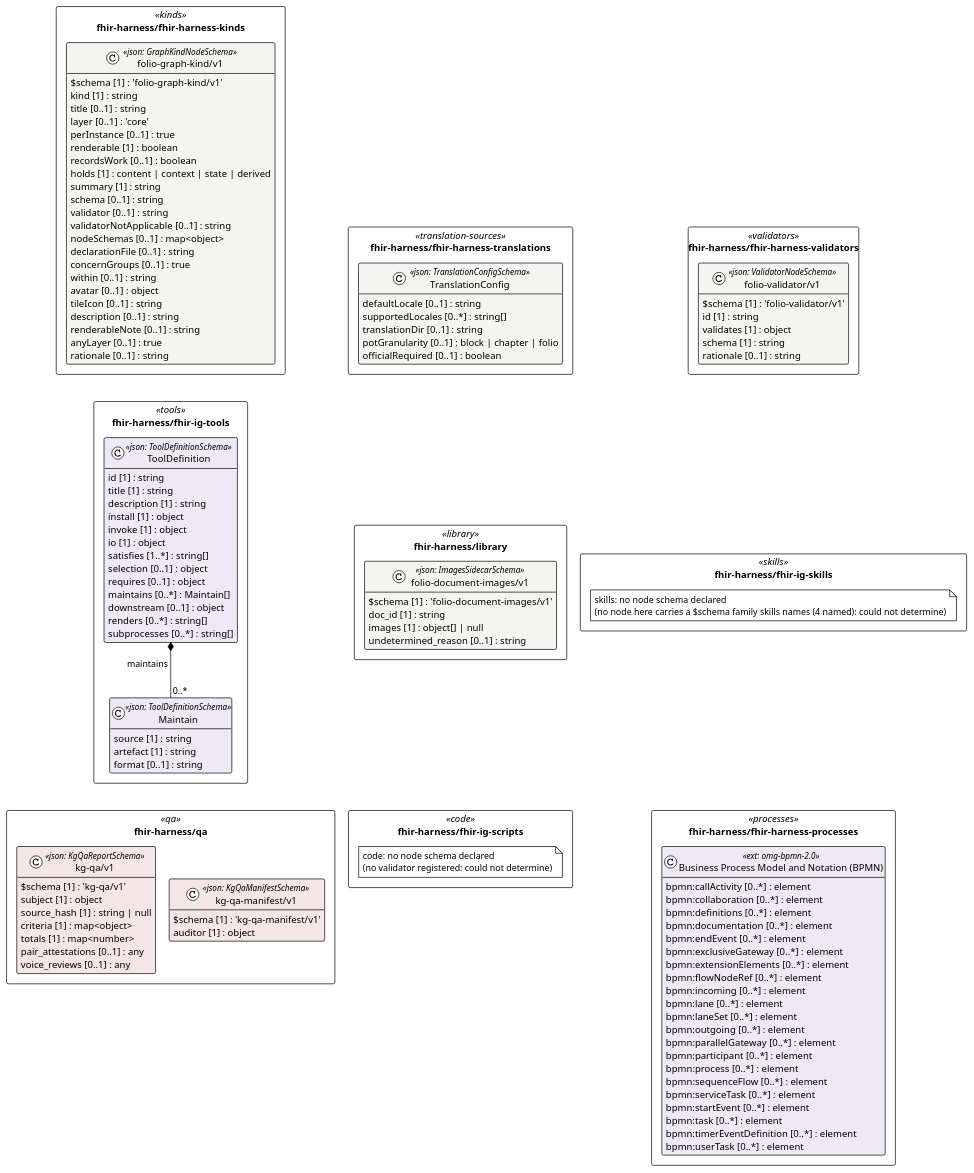
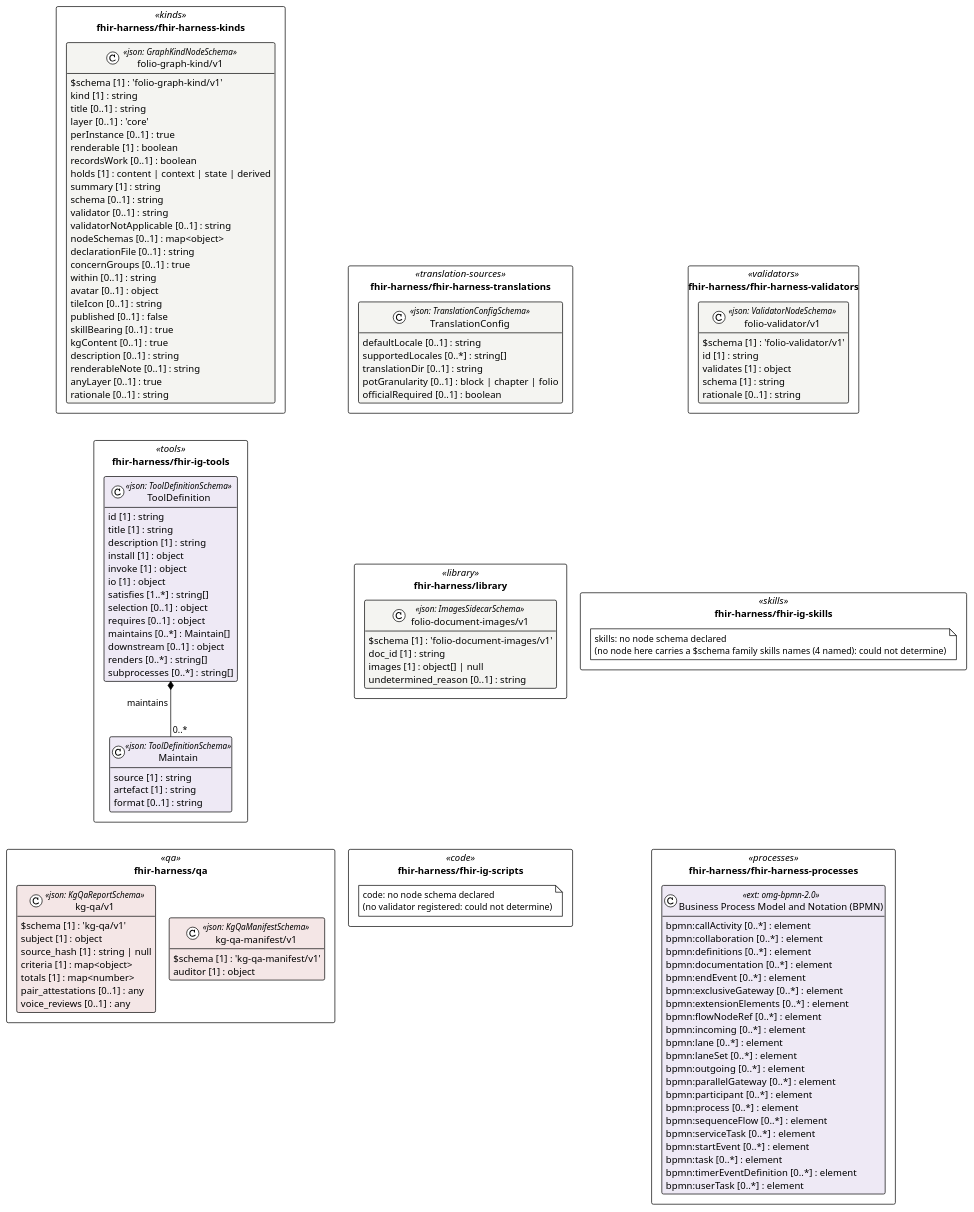
One commit to litlfred/folio-assistant changed the diagram in cat-harness/uml/overview/fhir-harness.puml. Above: the diagram before and after it, drawn with PlantUML. The commit also changed 57 other files, not shown here.

```diff
--- a/cat-harness/uml/overview/fhir-harness.puml
+++ b/cat-harness/uml/overview/fhir-harness.puml
@@ -3,138 +3,141 @@
 @startuml fhir_harness
 !pragma layout elk
 !theme plain
 skinparam classAttributeIconSize 0
 skinparam shadowing false
 skinparam packageStyle rectangle
 hide empty methods
 
 package "fhir-harness/fhir-harness-translations" as pkg_fhir_harness_fhir_harness_translations <<translation-sources>> {
   class "TranslationConfig" as fhir_harness_fhir_harness_translations_TranslationConfig <<json: TranslationConfigSchema>> #f4f4f1 {
     defaultLocale [0..1] : string
     supportedLocales [0..*] : string[]
     translationDir [0..1] : string
     potGranularity [0..1] : block | chapter | folio
     officialRequired [0..1] : boolean
   }
 }
 package "fhir-harness/fhir-harness-validators" as pkg_fhir_harness_fhir_harness_validators <<validators>> {
   class "folio-validator/v1" as fhir_harness_fhir_harness_validators_folio_validator_v1_folio_validator_v1 <<json: ValidatorNodeSchema>> #f4f4f1 {
     $schema [1] : 'folio-validator/v1'
     id [1] : string
     validates [1] : object
     schema [1] : string
     rationale [0..1] : string
   }
 }
 package "fhir-harness/fhir-harness-kinds" as pkg_fhir_harness_fhir_harness_kinds <<kinds>> {
   class "folio-graph-kind/v1" as fhir_harness_fhir_harness_kinds_folio_graph_kind_v1_folio_graph_kind_v1 <<json: GraphKindNodeSchema>> #f4f4f1 {
     $schema [1] : 'folio-graph-kind/v1'
     kind [1] : string
     title [0..1] : string
     layer [0..1] : 'core'
     perInstance [0..1] : true
     renderable [1] : boolean
     recordsWork [0..1] : boolean
     holds [1] : content | context | state | derived
     summary [1] : string
     schema [0..1] : string
     validator [0..1] : string
     validatorNotApplicable [0..1] : string
     nodeSchemas [0..1] : map<object>
     declarationFile [0..1] : string
     concernGroups [0..1] : true
     within [0..1] : string
     avatar [0..1] : object
     tileIcon [0..1] : string
+    published [0..1] : false
+    skillBearing [0..1] : true
+    kgContent [0..1] : true
     description [0..1] : string
     renderableNote [0..1] : string
     anyLayer [0..1] : true
     rationale [0..1] : string
   }
 }
 package "fhir-harness/library" as pkg_fhir_harness_library <<library>> {
   class "folio-document-images/v1" as fhir_harness_library_folio_document_images_v1_folio_document_images_v1 <<json: ImagesSidecarSchema>> #f4f4f1 {
     $schema [1] : 'folio-document-images/v1'
     doc_id [1] : string
     images [1] : object[] | null
     undetermined_reason [0..1] : string
   }
 }
 package "fhir-harness/fhir-ig-skills" as pkg_fhir_harness_fhir_ig_skills <<skills>> {
   note "skills: no node schema declared\n(no node here carries a $schema family skills names (4 named): could not determine)" as n_fhir_harness_fhir_ig_skills_skills
 }
 package "fhir-harness/fhir-ig-tools" as pkg_fhir_harness_fhir_ig_tools <<tools>> {
   class "Maintain" as fhir_harness_fhir_ig_tools_Maintain <<json: ToolDefinitionSchema>> #eee9f5 {
     source [1] : string
     artefact [1] : string
     format [0..1] : string
   }
   class "ToolDefinition" as fhir_harness_fhir_ig_tools_ToolDefinition <<json: ToolDefinitionSchema>> #eee9f5 {
     id [1] : string
     title [1] : string
     description [1] : string
     install [1] : object
     invoke [1] : object
     io [1] : object
     satisfies [1..*] : string[]
     selection [0..1] : object
     requires [0..1] : object
     maintains [0..*] : Maintain[]
     downstream [0..1] : object
     renders [0..*] : string[]
     subprocesses [0..*] : string[]
   }
 }
 package "fhir-harness/fhir-ig-scripts" as pkg_fhir_harness_fhir_ig_scripts <<code>> {
   note "code: no node schema declared\n(no validator registered: could not determine)" as n_fhir_harness_fhir_ig_scripts_code
 }
 package "fhir-harness/fhir-harness-processes" as pkg_fhir_harness_fhir_harness_processes <<processes>> {
   class "Business Process Model and Notation (BPMN)" as fhir_harness_fhir_harness_processes_omg_bpmn_2_0 <<ext: omg-bpmn-2.0>> #eee9f5 {
     bpmn:callActivity [0..*] : element
     bpmn:collaboration [0..*] : element
     bpmn:definitions [0..*] : element
     bpmn:documentation [0..*] : element
     bpmn:endEvent [0..*] : element
     bpmn:exclusiveGateway [0..*] : element
     bpmn:extensionElements [0..*] : element
     bpmn:flowNodeRef [0..*] : element
     bpmn:incoming [0..*] : element
     bpmn:lane [0..*] : element
     bpmn:laneSet [0..*] : element
     bpmn:outgoing [0..*] : element
     bpmn:parallelGateway [0..*] : element
     bpmn:participant [0..*] : element
     bpmn:process [0..*] : element
     bpmn:sequenceFlow [0..*] : element
     bpmn:serviceTask [0..*] : element
     bpmn:startEvent [0..*] : element
     bpmn:task [0..*] : element
     bpmn:timerEventDefinition [0..*] : element
     bpmn:userTask [0..*] : element
   }
 }
 package "fhir-harness/qa" as pkg_fhir_harness_qa <<qa>> {
   class "kg-qa/v1" as fhir_harness_qa_kg_qa_v1_kg_qa_v1 <<json: KgQaReportSchema>> #f4e6e6 {
     $schema [1] : 'kg-qa/v1'
     subject [1] : object
     source_hash [1] : string | null
     criteria [1] : map<object>
     totals [1] : map<number>
     pair_attestations [0..1] : any
     voice_reviews [0..1] : any
   }
   class "kg-qa-manifest/v1" as fhir_harness_qa_kg_qa_manifest_v1_kg_qa_manifest_v1 <<json: KgQaManifestSchema>> #f4e6e6 {
     $schema [1] : 'kg-qa-manifest/v1'
     auditor [1] : object
   }
 }
 
 fhir_harness_fhir_ig_tools_ToolDefinition *-- "0..*" fhir_harness_fhir_ig_tools_Maintain : maintains
 ' grid: portrait, 3 column(s) — pkg_fhir_harness_fhir_harness_translations pkg_fhir_harness_fhir_harness_validators pkg_fhir_harness_fhir_harness_kinds pkg_fhir_harness_library pkg_fhir_harness_fhir_ig_skills pkg_fhir_harness_fhir_ig_tools pkg_fhir_harness_fhir_ig_scripts pkg_fhir_harness_fhir_harness_processes pkg_fhir_harness_qa
 pkg_fhir_harness_fhir_harness_translations -[hidden]down- pkg_fhir_harness_library
 pkg_fhir_harness_fhir_harness_validators -[hidden]down- pkg_fhir_harness_fhir_ig_skills
 pkg_fhir_harness_fhir_harness_kinds -[hidden]down- pkg_fhir_harness_fhir_ig_tools
 pkg_fhir_harness_library -[hidden]down- pkg_fhir_harness_fhir_ig_scripts
 pkg_fhir_harness_fhir_ig_skills -[hidden]down- pkg_fhir_harness_fhir_harness_processes
 pkg_fhir_harness_fhir_ig_tools -[hidden]down- pkg_fhir_harness_qa
 @enduml
```
